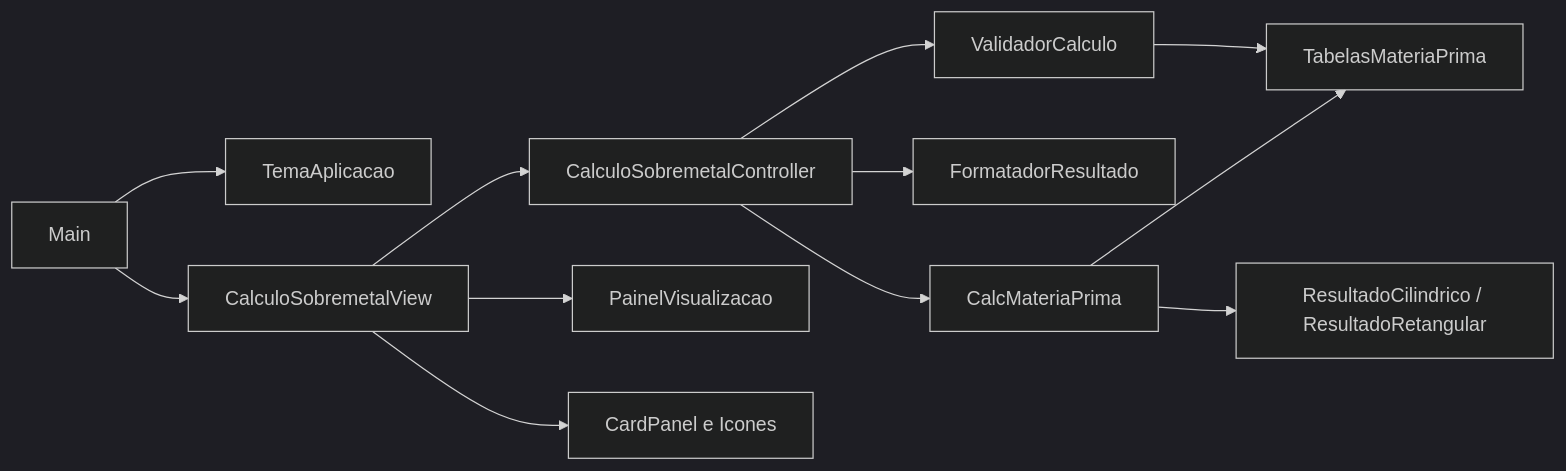
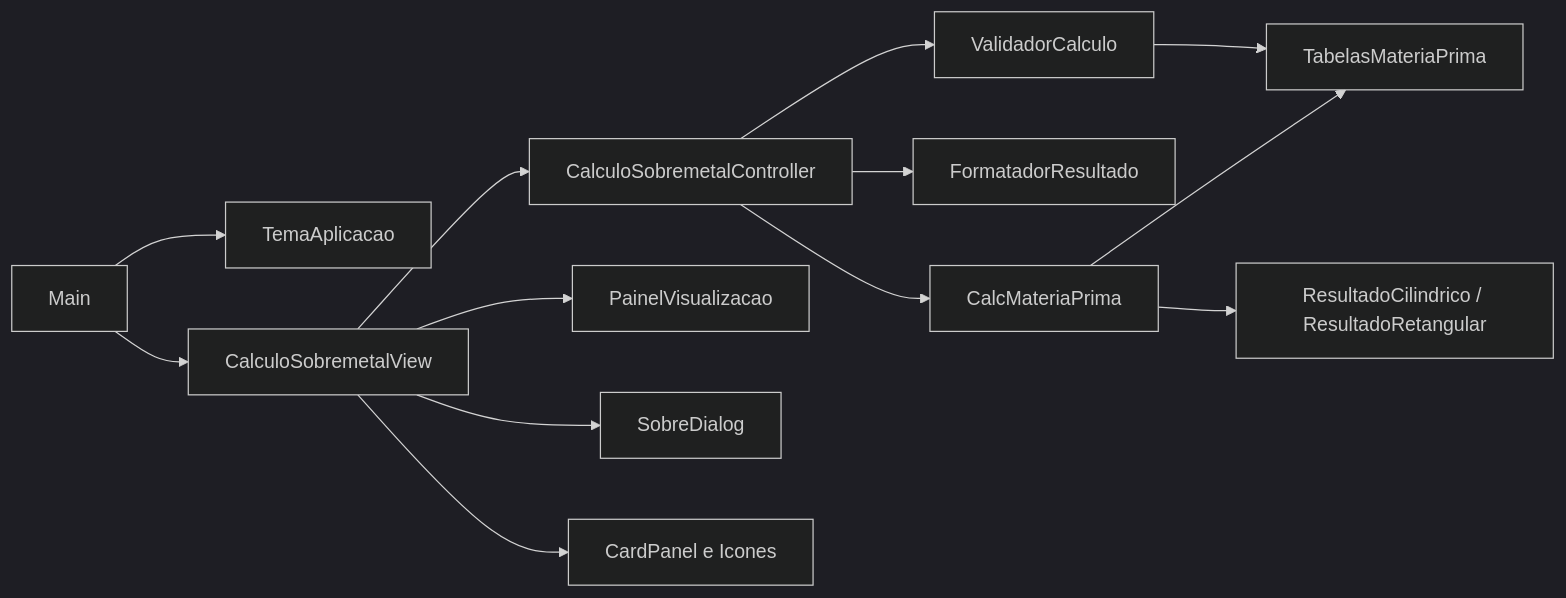
The first of 3 diagrams in docs/arquitetura.md (rafaelcpinto/MateriaPrima), drawn with Mermaid (dark theme) before and after one commit. The commit also changed other lines of this file and 7 other files, not shown here.

````diff
--- a/docs/arquitetura.md
+++ b/docs/arquitetura.md
@@ -9,14 +9,15 @@
 ```mermaid
 flowchart LR
     Main --> Tema[TemaAplicacao]
     Main --> View[CalculoSobremetalView]
     View --> Controller[CalculoSobremetalController]
     View --> Visualizacao[PainelVisualizacao]
+    View --> Sobre[SobreDialog]
     View --> Componentes[CardPanel e Icones]
     Controller --> Validador[ValidadorCalculo]
     Controller --> Formatador[FormatadorResultado]
     Controller --> Calculo[CalcMateriaPrima]
     Calculo --> Tabelas[TabelasMateriaPrima]
     Validador --> Tabelas
     Calculo --> Resultados[ResultadoCilindrico / ResultadoRetangular]
 ```
````
